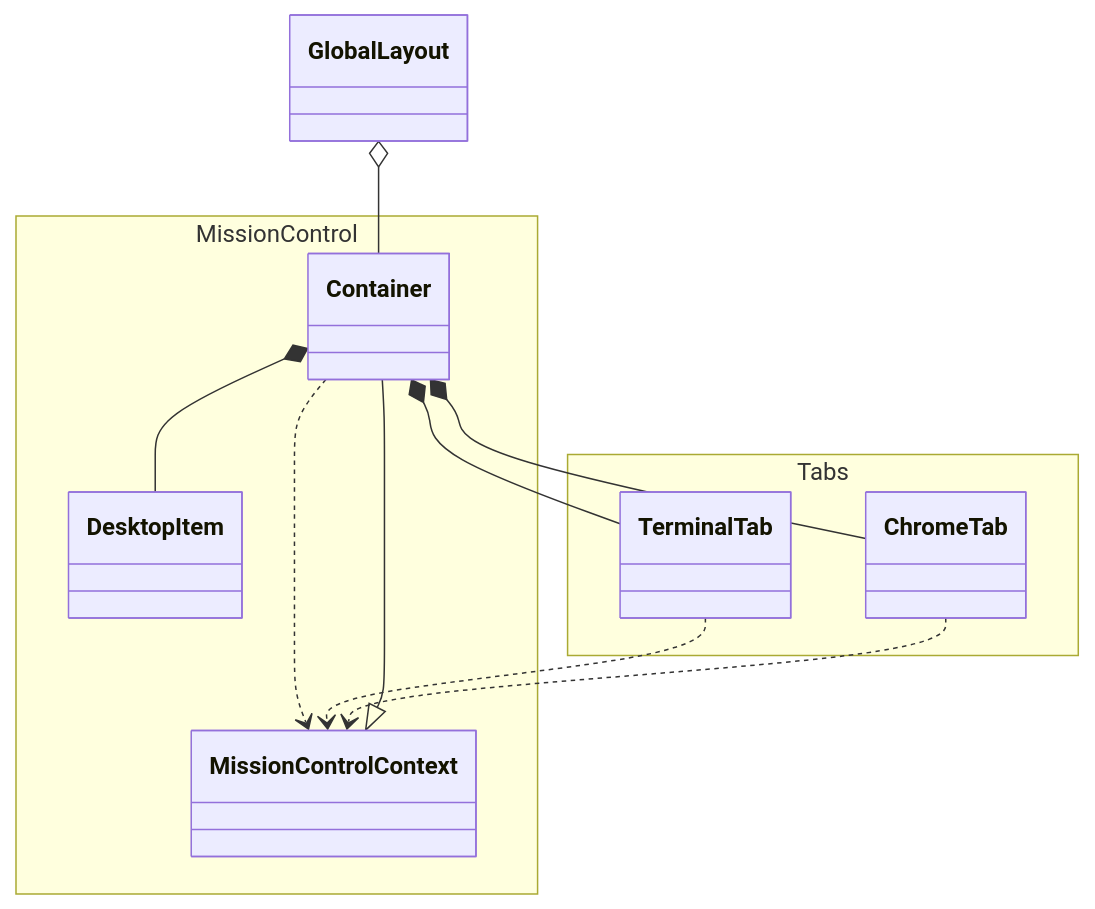
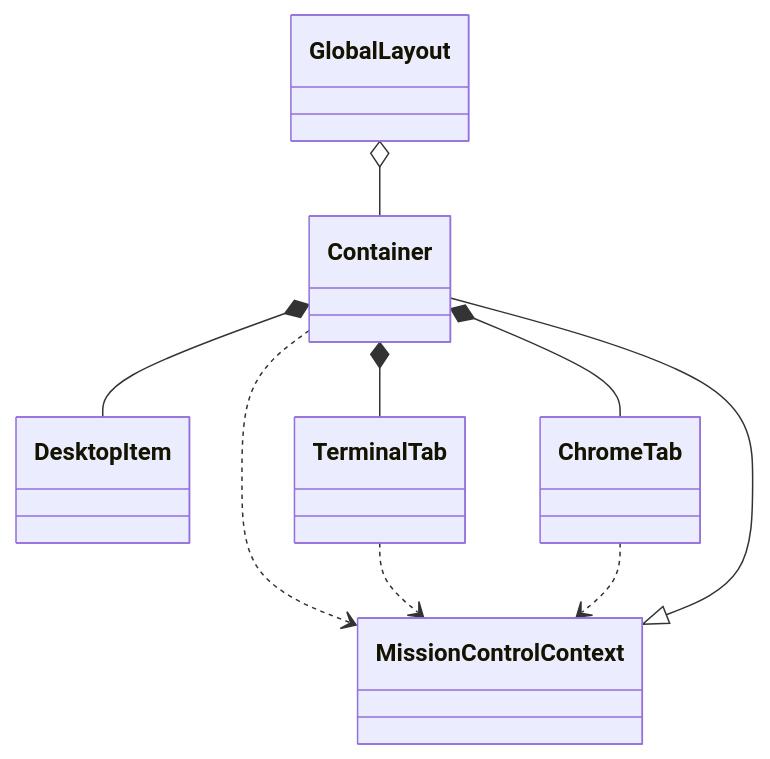
One commit to syi0808/WhoAmI changed the diagram in design.md. Above: the diagram before and after it, drawn with Mermaid.

Commit message:
docs: Fix github parsing error

````diff
--- a/design.md
+++ b/design.md
@@ -1,27 +1,23 @@
 ```mermaid
 classDiagram
     class GlobalLayout
 
-    namespace MissionControl {
-      class Container
-      class DesktopItem
-      class MissionControlContext
-    }
+    class Container
+    class DesktopItem
+    class MissionControlContext
 
-    namespace Tabs {
-      class TerminalTab
-      class ChromeTab
-    }
+    class TerminalTab
+    class ChromeTab
 
     GlobalLayout o-- Container
 
     MissionControlContext <|-- Container
     Container ..> MissionControlContext
     Container *-- DesktopItem
 
     Container *-- TerminalTab
     Container *-- ChromeTab
 
     TerminalTab ..> MissionControlContext
     ChromeTab ..> MissionControlContext
 ```
````
